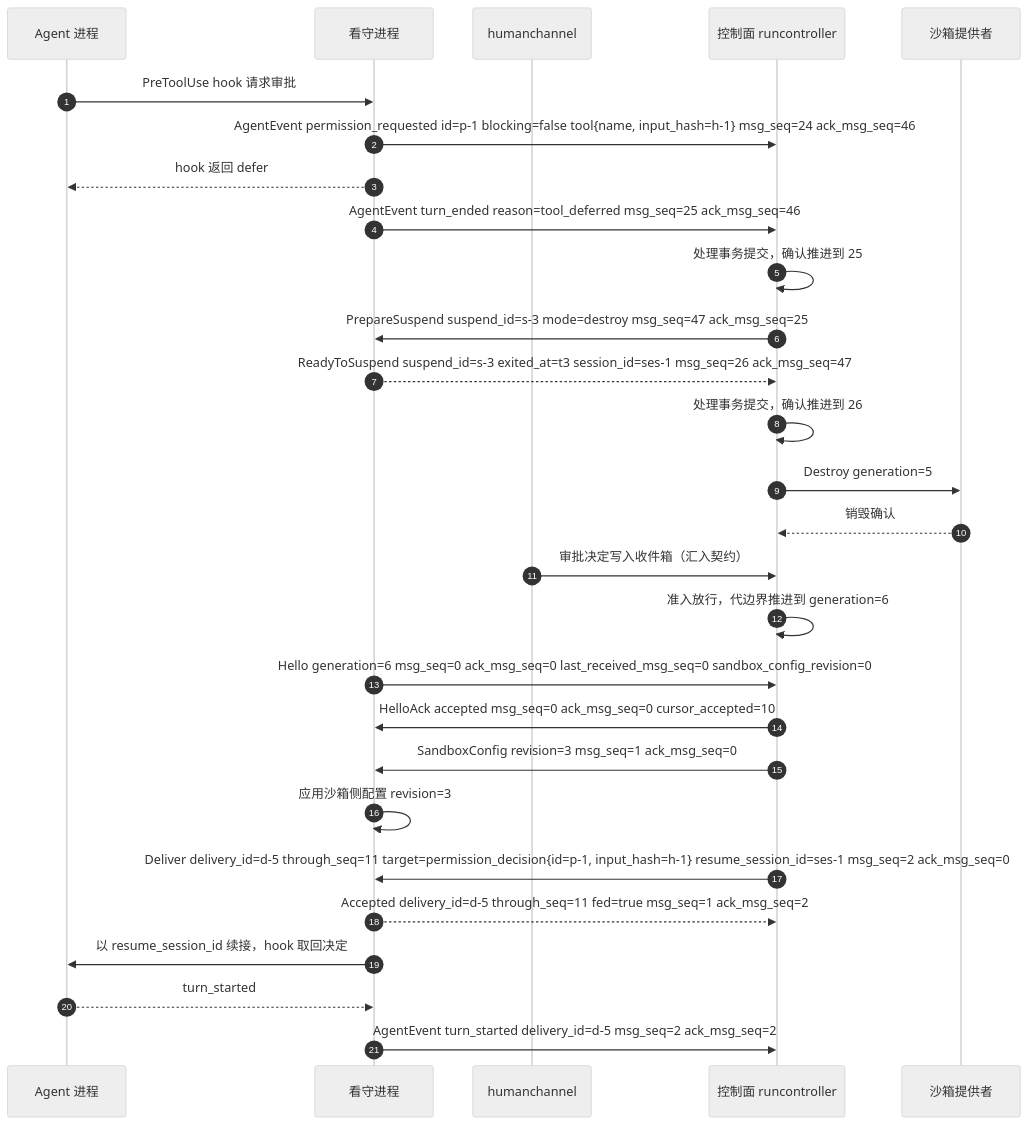
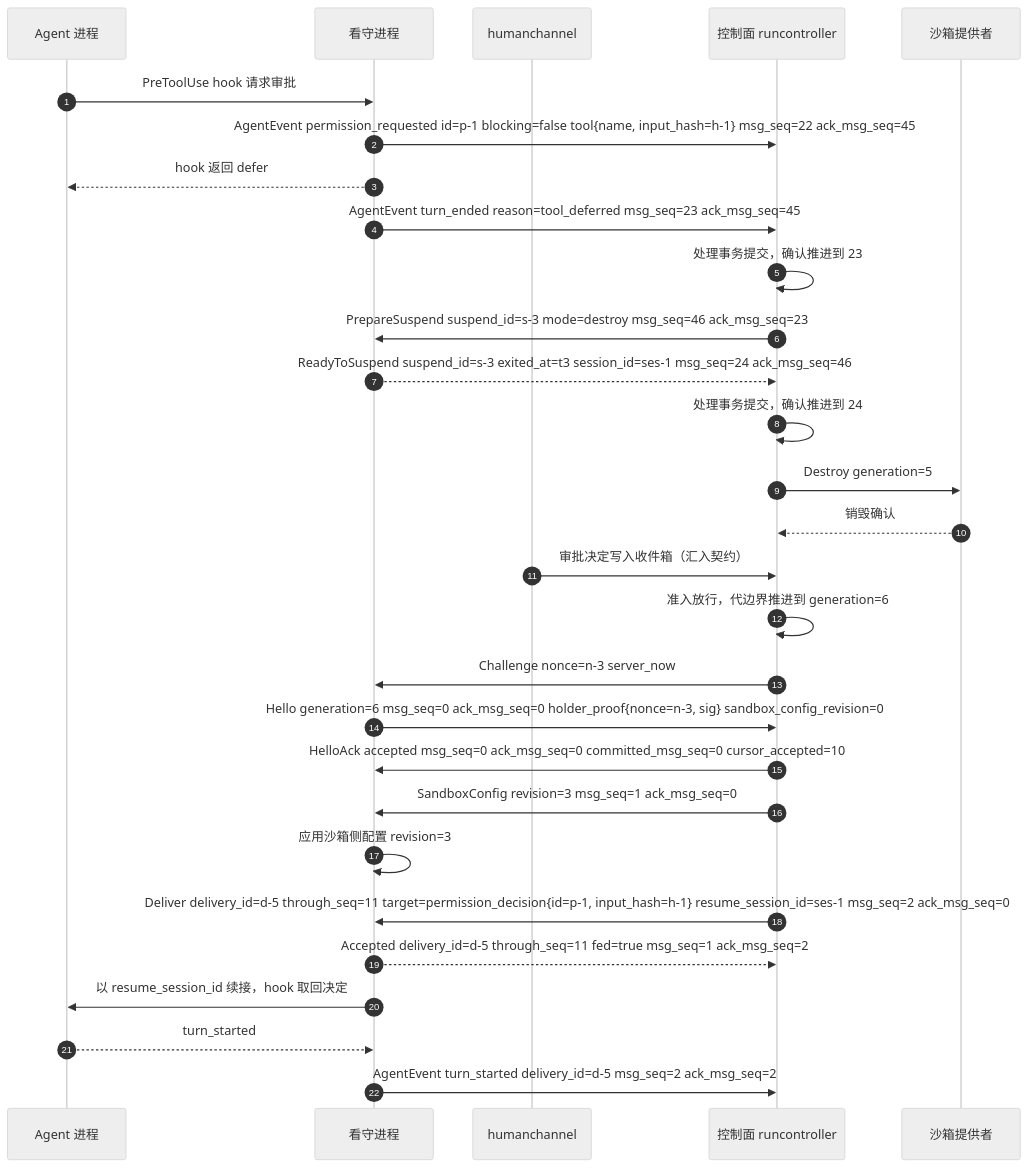
Before and after one commit to wangzw/castworks: the fifth of 8 diagrams in docs/design/modules/design-agentprotocol.md, drawn with Mermaid (neutral theme). The commit also changed other lines of this file and 35 other files, not shown here.

````diff
--- a/docs/design/modules/design-agentprotocol.md
+++ b/docs/design/modules/design-agentprotocol.md
@@ -491,30 +620,31 @@
 ```mermaid
 sequenceDiagram
     autonumber
     participant A as Agent 进程
     participant W as 看守进程
     participant H as humanchannel
     participant R as 控制面 runcontroller
     participant P as 沙箱提供者
     A->>W: PreToolUse hook 请求审批
-    W->>R: AgentEvent permission_requested id=p-1 blocking=false tool{name, input_hash=h-1} msg_seq=24 ack_msg_seq=46
+    W->>R: AgentEvent permission_requested id=p-1 blocking=false tool{name, input_hash=h-1} msg_seq=22 ack_msg_seq=45
     W-->>A: hook 返回 defer
-    W->>R: AgentEvent turn_ended reason=tool_deferred msg_seq=25 ack_msg_seq=46
-    R->>R: 处理事务提交，确认推进到 25
-    R->>W: PrepareSuspend suspend_id=s-3 mode=destroy msg_seq=47 ack_msg_seq=25
-    W-->>R: ReadyToSuspend suspend_id=s-3 exited_at=t3 session_id=ses-1 msg_seq=26 ack_msg_seq=47
-    R->>R: 处理事务提交，确认推进到 26
+    W->>R: AgentEvent turn_ended reason=tool_deferred msg_seq=23 ack_msg_seq=45
+    R->>R: 处理事务提交，确认推进到 23
+    R->>W: PrepareSuspend suspend_id=s-3 mode=destroy msg_seq=46 ack_msg_seq=23
+    W-->>R: ReadyToSuspend suspend_id=s-3 exited_at=t3 session_id=ses-1 msg_seq=24 ack_msg_seq=46
+    R->>R: 处理事务提交，确认推进到 24
     R->>P: Destroy generation=5
     P-->>R: 销毁确认
     H->>R: 审批决定写入收件箱（汇入契约）
     R->>R: 准入放行，代边界推进到 generation=6
-    W->>R: Hello generation=6 msg_seq=0 ack_msg_seq=0 last_received_msg_seq=0 sandbox_config_revision=0
-    R->>W: HelloAck accepted msg_seq=0 ack_msg_seq=0 cursor_accepted=10
+    R->>W: Challenge nonce=n-3 server_now
+    W->>R: Hello generation=6 msg_seq=0 ack_msg_seq=0 holder_proof{nonce=n-3, sig} sandbox_config_revision=0
+    R->>W: HelloAck accepted msg_seq=0 ack_msg_seq=0 committed_msg_seq=0 cursor_accepted=10
     R->>W: SandboxConfig revision=3 msg_seq=1 ack_msg_seq=0
     W->>W: 应用沙箱侧配置 revision=3
     R->>W: Deliver delivery_id=d-5 through_seq=11 target=permission_decision{id=p-1, input_hash=h-1} resume_session_id=ses-1 msg_seq=2 ack_msg_seq=0
     W-->>R: Accepted delivery_id=d-5 through_seq=11 fed=true msg_seq=1 ack_msg_seq=2
     W->>A: 以 resume_session_id 续接，hook 取回决定
     A-->>W: turn_started
     W->>R: AgentEvent turn_started delivery_id=d-5 msg_seq=2 ack_msg_seq=2
 ```
````
